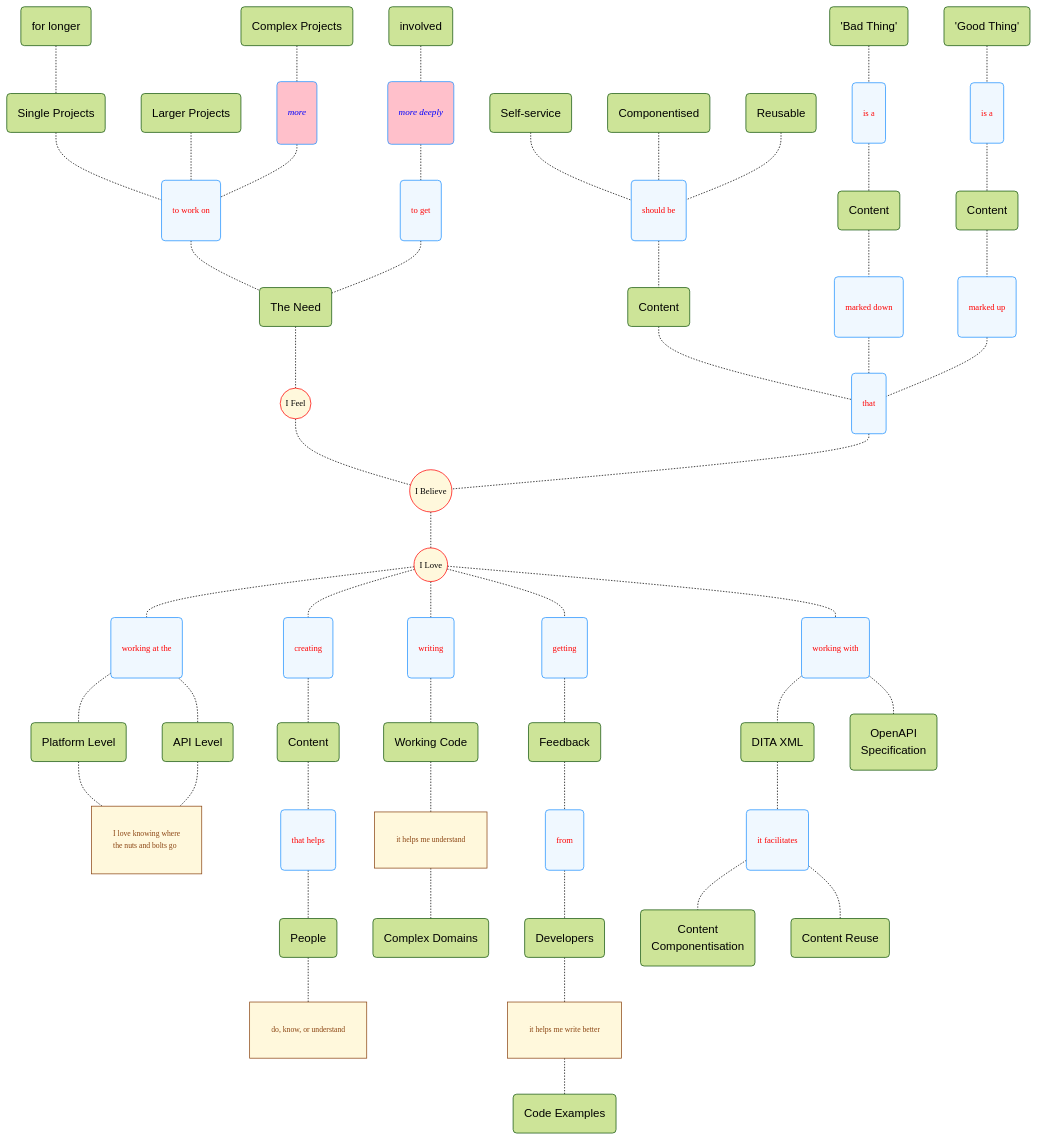
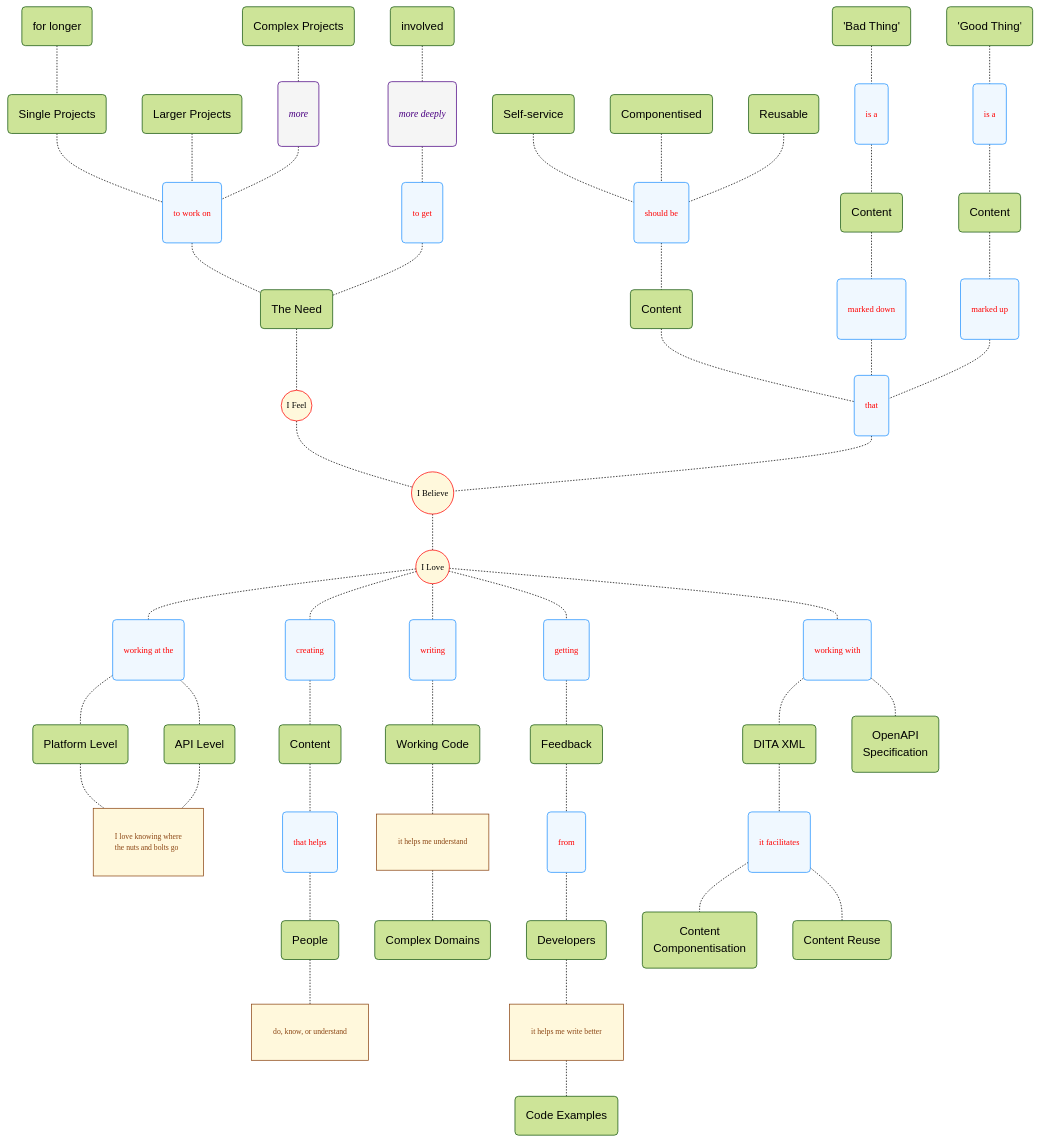
Before and after one commit to joe-dorward/samples: the diagram in my_mindmap_02.md, drawn with Mermaid.

```diff
--- a/my_mindmap_02.md
+++ b/my_mindmap_02.md
@@ -3,7 +3,7 @@
 flowchart TD
   classDef Start fill:cornsilk, stroke:red, font-family:verdana, font-size:9pt;
   classDef Verb fill:aliceblue, color:red, stroke:dodgerblue, font-family:verdana, font-size:9pt, padding:0px 4px;
-  classDef Adverb fill:pink, color:blue, stroke:dodgerblue, font-family:verdana, font-size:9.5pt, font-style:italic, padding:0px 4px;
+  classDef Adverb fill:whitesmoke, color:indigo, stroke:indigo, font-family:verdana, font-size:10pt, font-style:italic, padding:0px 4px;
   classDef Note fill:cornsilk, stroke:saddlebrown, color:saddlebrown, font-family:verdana, font-size:8pt, text-align:left, padding:0px 4px;
 
   SINGLE_PROJECTS("Single Projects")
```
